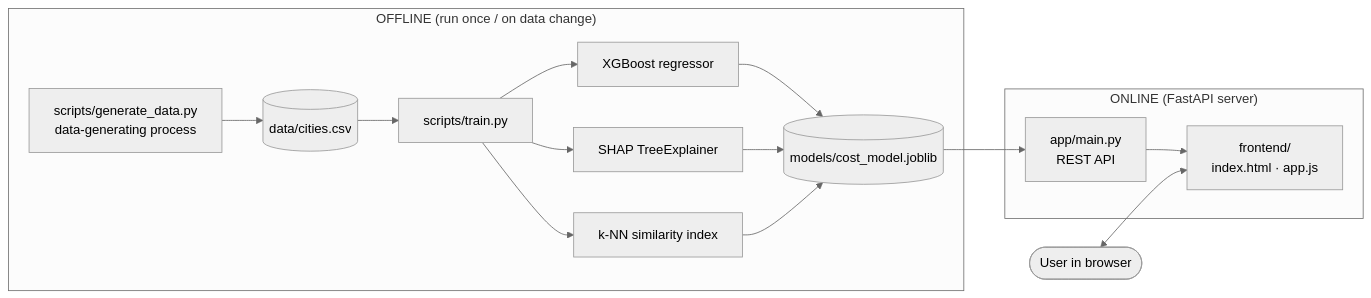
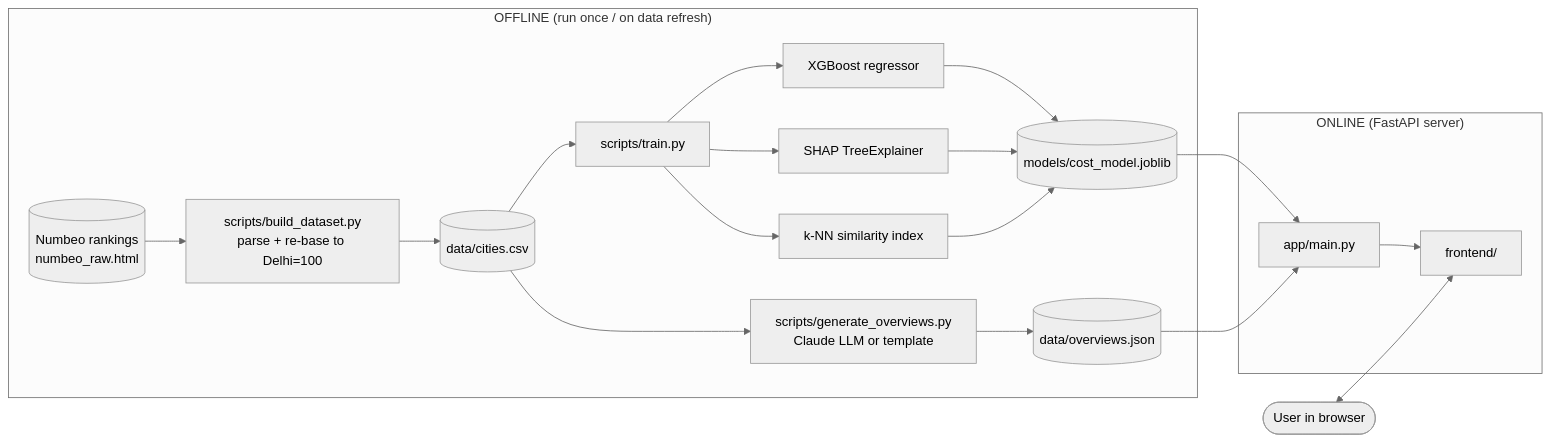
The first of 7 diagrams in docs/HOW_IT_WORKS.md (tejassinghbhati/COLE), drawn with Mermaid (neutral theme) before and after one commit. The commit also changed other lines of this file and 1 other file, not shown here.

Commit message:
Update docs for real Numbeo data, New Delhi baseline and LLM overviews

````diff
--- a/docs/HOW_IT_WORKS.md
+++ b/docs/HOW_IT_WORKS.md
@@ -62,18 +62,22 @@
 ```mermaid
 flowchart LR
-    subgraph OFFLINE["OFFLINE  (run once / on data change)"]
-        G["scripts/generate_data.py<br/>data-generating process"] --> CSV[("data/cities.csv")]
+    subgraph OFFLINE["OFFLINE  (run once / on data refresh)"]
+        N[("Numbeo rankings<br/>numbeo_raw.html")] --> B["scripts/build_dataset.py<br/>parse + re-base to Delhi=100"]
+        B --> CSV[("data/cities.csv")]
+        CSV --> O["scripts/generate_overviews.py<br/>Claude LLM or template"]
+        O --> OJ[("data/overviews.json")]
         CSV --> T["scripts/train.py"]
         T --> XGB["XGBoost regressor"]
         T --> SHAP["SHAP TreeExplainer"]
         T --> KNN["k-NN similarity index"]
         XGB & SHAP & KNN --> ART[("models/cost_model.joblib")]
     end
 
     subgraph ONLINE["ONLINE  (FastAPI server)"]
-        ART --> API["app/main.py<br/>REST API"]
-        API --> UI["frontend/<br/>index.html · app.js"]
+        ART --> API["app/main.py"]
+        OJ --> API
+        API --> UI["frontend/"]
     end
 
     USER(["User in browser"]) <--> UI
 ```
````
